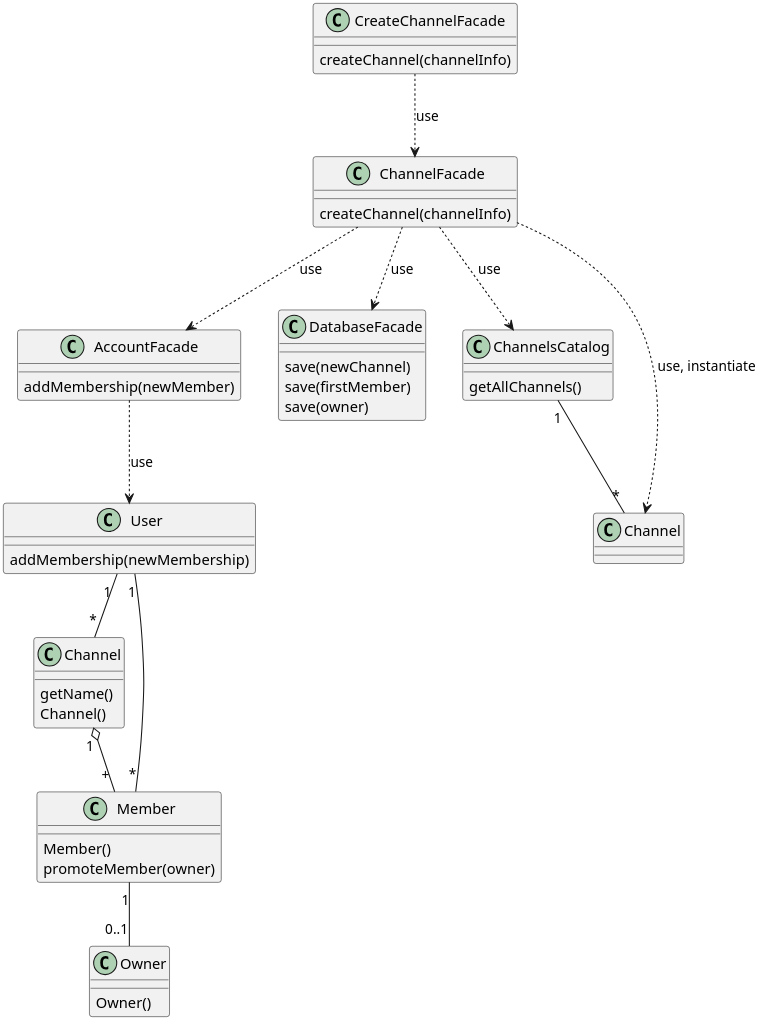
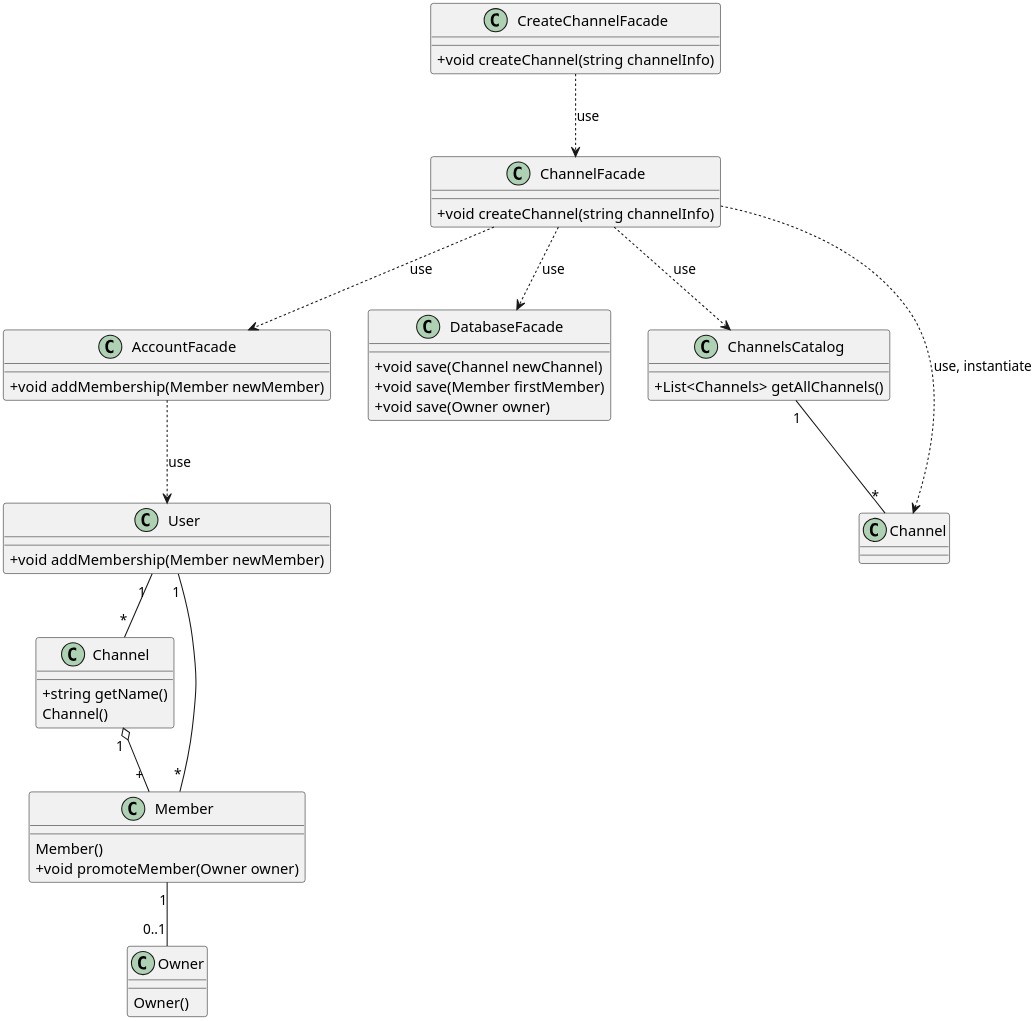
The diagram in Diagrams/Design Class/CreateChanel.puml (soleyman79/Qasedak), drawn with PlantUML before and after one commit.

Commit message:
CreateChanel: add type and privacy

```diff
--- a/Diagrams/Design Class/CreateChanel.puml
+++ b/Diagrams/Design Class/CreateChanel.puml
@@ -1,60 +1,61 @@
 @startuml create_chanel
 
 scale 3
 skinparam DefaultFontName B Nazanin
 skinparam ArrowMessageAlignment right
+skinparam classAttributeIconSize 0
 
 class "User" as user {
-    addMembership(newMembership)
+    +void addMembership(Member newMember)
 }
 
 class "Channel" as chanel {
-    getName()
+    +string getName()
     Channel()
 }
 
 class "Member" as member {
     Member()
-    promoteMember(owner)
+    +void promoteMember(Owner owner)
 }
 
 class "Owner" as owner {
     Owner()
 }
 
 class CreateChannelFacade {
-    createChannel(channelInfo)
+    +void createChannel(string channelInfo)
 }
 
 class ChannelFacade {
-    createChannel(channelInfo)
+    +void createChannel(string channelInfo)
 }
 
 class AccountFacade {
-    addMembership(newMember)
+    +void addMembership(Member newMember)
 }
 
 class DatabaseFacade {
-    save(newChannel)
-    save(firstMember)
-    save(owner)
+    +void save(Channel newChannel)
+    +void save(Member firstMember)
+    +void save(Owner owner)
 }
 
 class ChannelsCatalog {
-    getAllChannels()
+    +List<Channels> getAllChannels()
 }
 
 user "          1" -- "*" chanel
 chanel "        1" o-- "            +" member
 member "1" -- "0..1" owner
 user "1" -- "*" member
 ChannelsCatalog "1" -- "*" Channel
 CreateChannelFacade ..> ChannelFacade :use
 ChannelFacade ..> ChannelsCatalog :use
 ChannelFacade ..> Channel :use, instantiate
 ChannelFacade ..> DatabaseFacade :use
 ChannelFacade ..> AccountFacade :use
 AccountFacade ..> user :use
 
 
 @enduml
```
